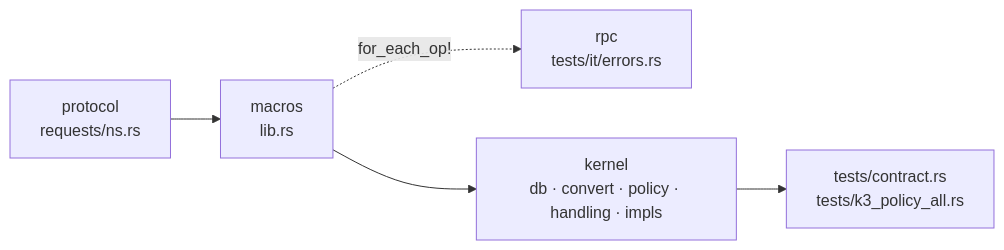
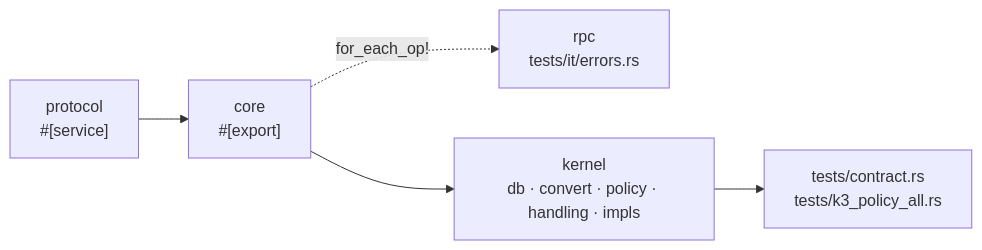
The diagram in docs/src/development.md (eva-rs/kernel), drawn with Mermaid before and after one commit. The commit also changed other lines of this file and 121 other files, not shown here.

````diff
--- a/docs/src/development.md
+++ b/docs/src/development.md
@@ -97,7 +96,7 @@
 ```mermaid
 flowchart LR
-    A["protocol<br/>requests/ns.rs"] --> B["macros<br/>lib.rs"]
+    A["protocol<br/>#[service]"] --> B["core<br/>#[export]"]
     B -. for_each_op! .-> C["rpc<br/>tests/it/errors.rs"]
     B --> D["kernel<br/>db · convert · policy · handling · impls"]
     D --> E["tests/contract.rs<br/>tests/k3_policy_all.rs"]
 ```
````
